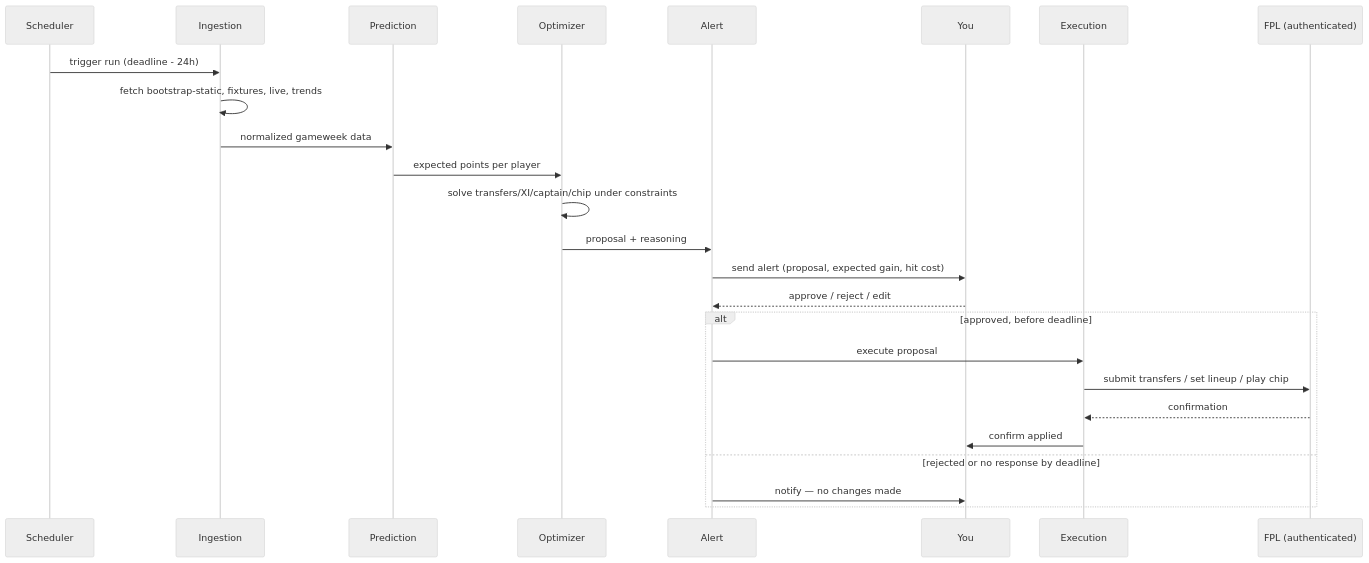
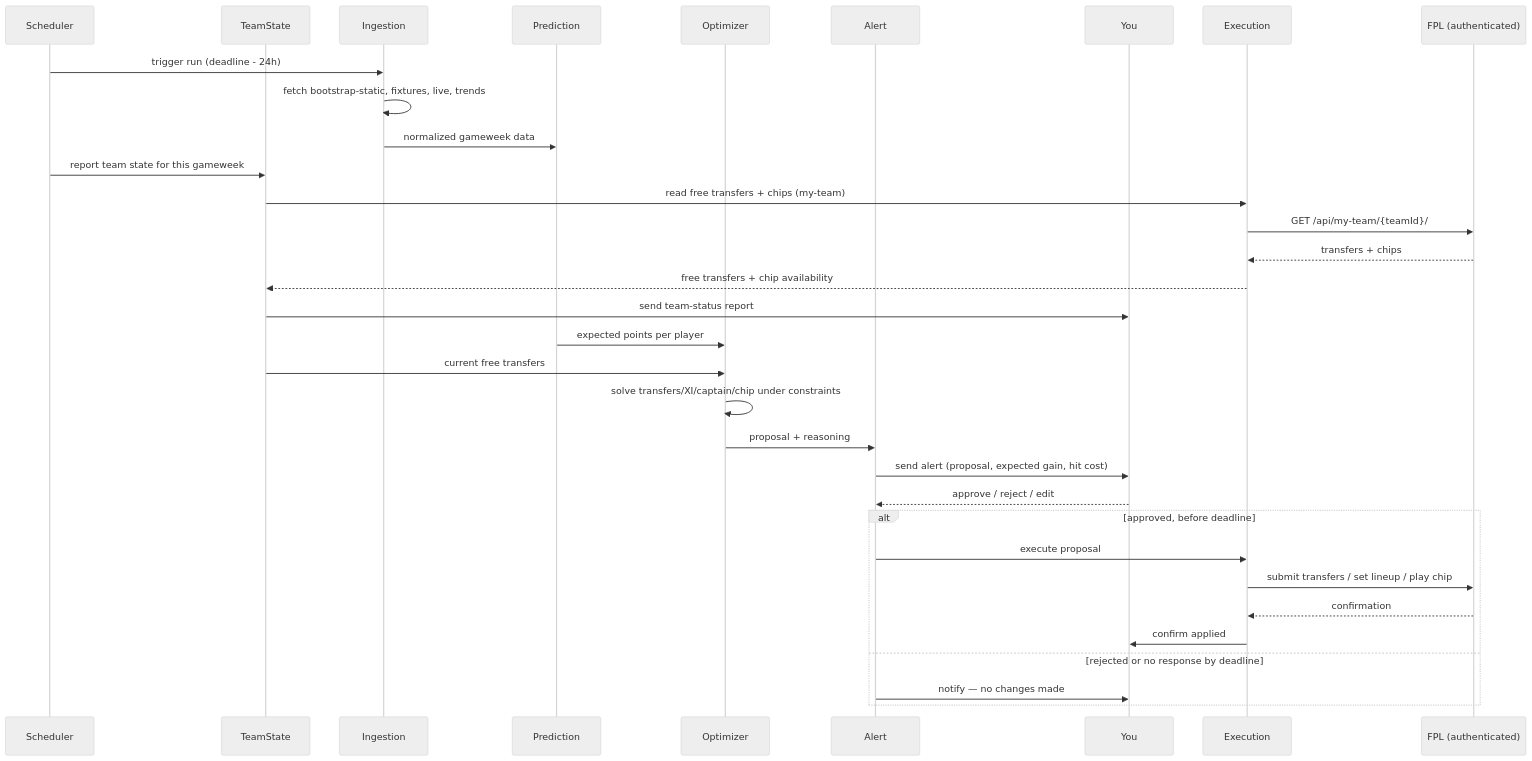
Before and after one commit to buka4rill/fpl-bot: the second of 2 diagrams in ARCHITECTURE.md, drawn with Mermaid (neutral theme). The commit also changed other lines of this file, not shown here.

First line of the commit message:
docs: bring ARCHITECTURE.md up to date with TeamStateModule and OIDC auth

````diff
--- a/ARCHITECTURE.md
+++ b/ARCHITECTURE.md
@@ -102,28 +108,36 @@
 ```mermaid
 sequenceDiagram
     participant S as Scheduler
+    participant T as TeamState
     participant I as Ingestion
     participant P as Prediction
     participant O as Optimizer
     participant A as Alert
     participant U as You
     participant E as Execution
     participant F as FPL (authenticated)
 
     S->>I: trigger run (deadline - 24h)
     I->>I: fetch bootstrap-static, fixtures, live, trends
     I->>P: normalized gameweek data
+    S->>T: report team state for this gameweek
+    T->>E: read free transfers + chips (my-team)
+    E->>F: GET /api/my-team/{teamId}/
+    F-->>E: transfers + chips
+    E-->>T: free transfers + chip availability
+    T->>U: send team-status report
     P->>O: expected points per player
+    T->>O: current free transfers
     O->>O: solve transfers/XI/captain/chip under constraints
     O->>A: proposal + reasoning
     A->>U: send alert (proposal, expected gain, hit cost)
     U-->>A: approve / reject / edit
     alt approved, before deadline
         A->>E: execute proposal
         E->>F: submit transfers / set lineup / play chip
         F-->>E: confirmation
         E->>U: confirm applied
     else rejected or no response by deadline
         A->>U: notify — no changes made
     end
 ```
````
